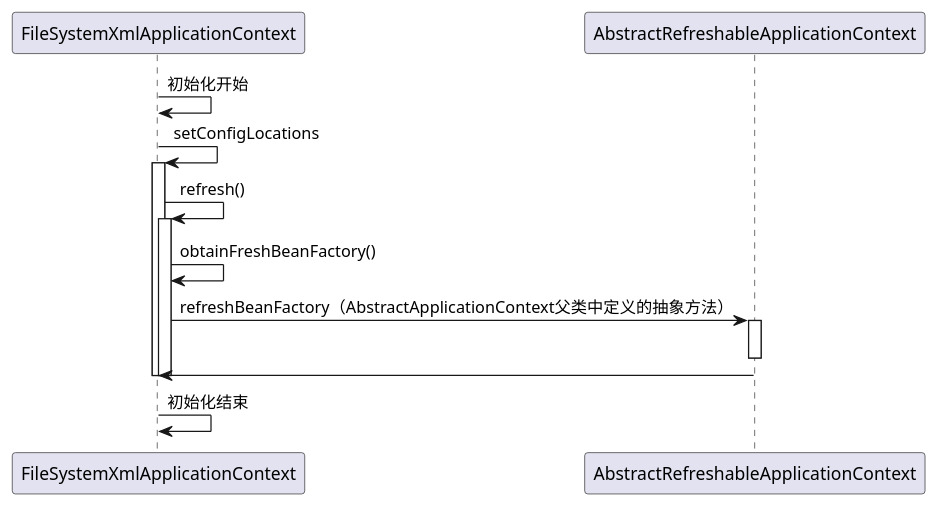
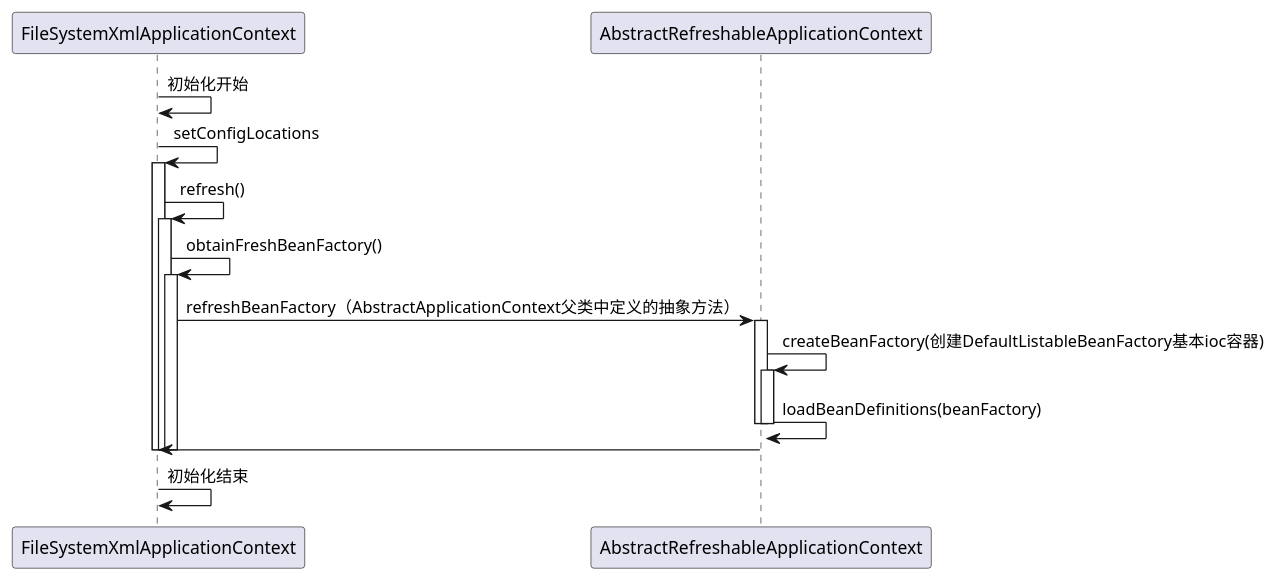
One commit to chujun/spring-framework changed the diagram in doc/BeanDefinitionResource定位.puml. Above: the diagram before and after it, drawn with PlantUML.

Commit message:
temp save:loadBeanDefinitions(beanFactory)

```diff
--- a/doc/BeanDefinitionResource定位.puml
+++ b/doc/BeanDefinitionResource定位.puml
@@ -1,17 +1,27 @@
 @startuml
 participant FileSystemXmlApplicationContext as main
-participant AbstractRefreshableApplicationContext as abstractRefreshableContext
+participant AbstractRefreshableApplicationContext as AbsRefContext
 main ->main : 初始化开始
 main -> main :setConfigLocations
 activate main
 main -> main: refresh()
 activate main
 main -> main: obtainFreshBeanFactory()
-main -> abstractRefreshableContext: refreshBeanFactory（AbstractApplicationContext父类中定义的抽象方法）
-activate abstractRefreshableContext
-deactivate abstractRefreshableContext
-abstractRefreshableContext -> main:
+activate main
+
+
+main -> AbsRefContext: refreshBeanFactory（AbstractApplicationContext父类中定义的抽象方法）
+activate AbsRefContext
+AbsRefContext->AbsRefContext:createBeanFactory(创建DefaultListableBeanFactory基本ioc容器)
+activate AbsRefContext
+AbsRefContext->AbsRefContext:loadBeanDefinitions(beanFactory)
+deactivate AbsRefContext
+deactivate AbsRefContext
+AbsRefContext -> main:
+
+
+deactivate main
 deactivate main
 deactivate main
 main ->main : 初始化结束
 @enduml
```
